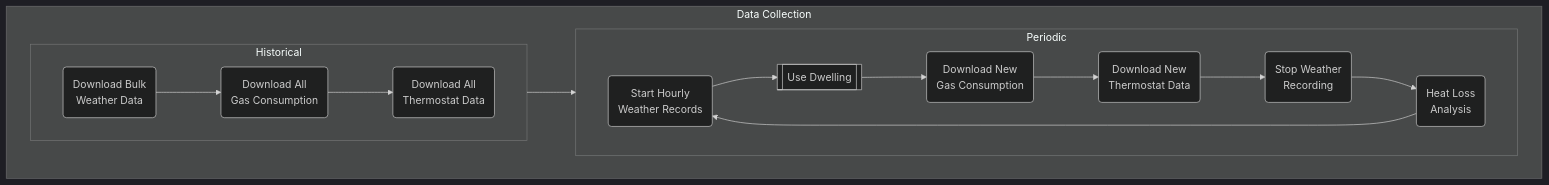
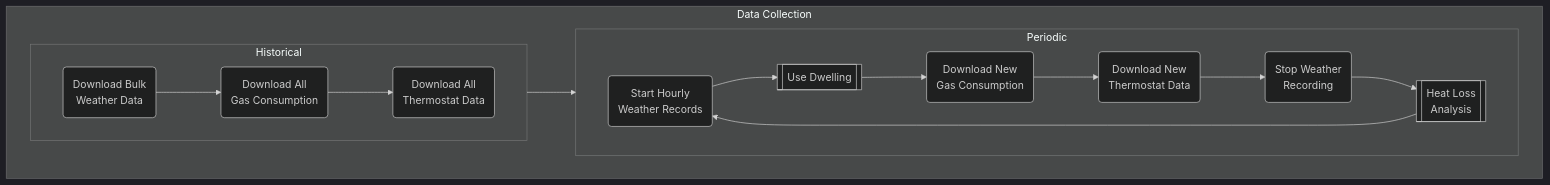
Before and after one commit to jackcarey/tado-heat-loss: the diagram in README.md, drawn with Mermaid (dark theme).

````diff
--- a/README.md
+++ b/README.md
@@ -28,22 +28,22 @@
 ```mermaid
 flowchart LR
 subgraph X["Data Collection"]
 direction LR
     subgraph Y["Historical"]
     direction LR
       A(Download Bulk\nWeather Data) --> B(Download All\nGas Consumption)
       B --> C(Download All\nThermostat Data)
     end
 
     subgraph Z["Periodic"]
     direction LR
       C --> D(Start Hourly\nWeather Records)
       D --> E[[Use Dwelling]]
       E --> F(Download New\nGas Consumption)
       F --> G(Download New\nThermostat Data)
       G --> H(Stop Weather\nRecording)
-      H --> I(Heat Loss\nAnalysis)
+      H --> I[[Heat Loss\nAnalysis]]
       I --> D
     end
 end
 ```
````
